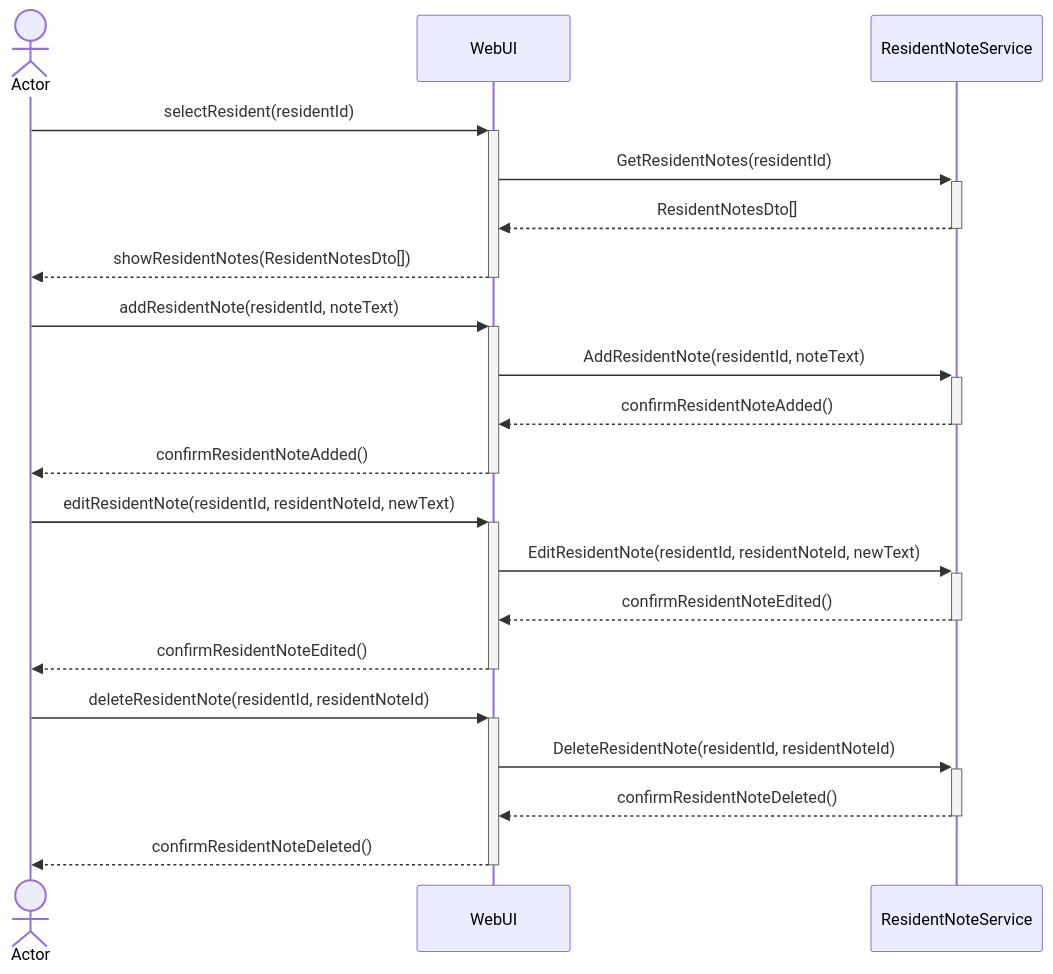
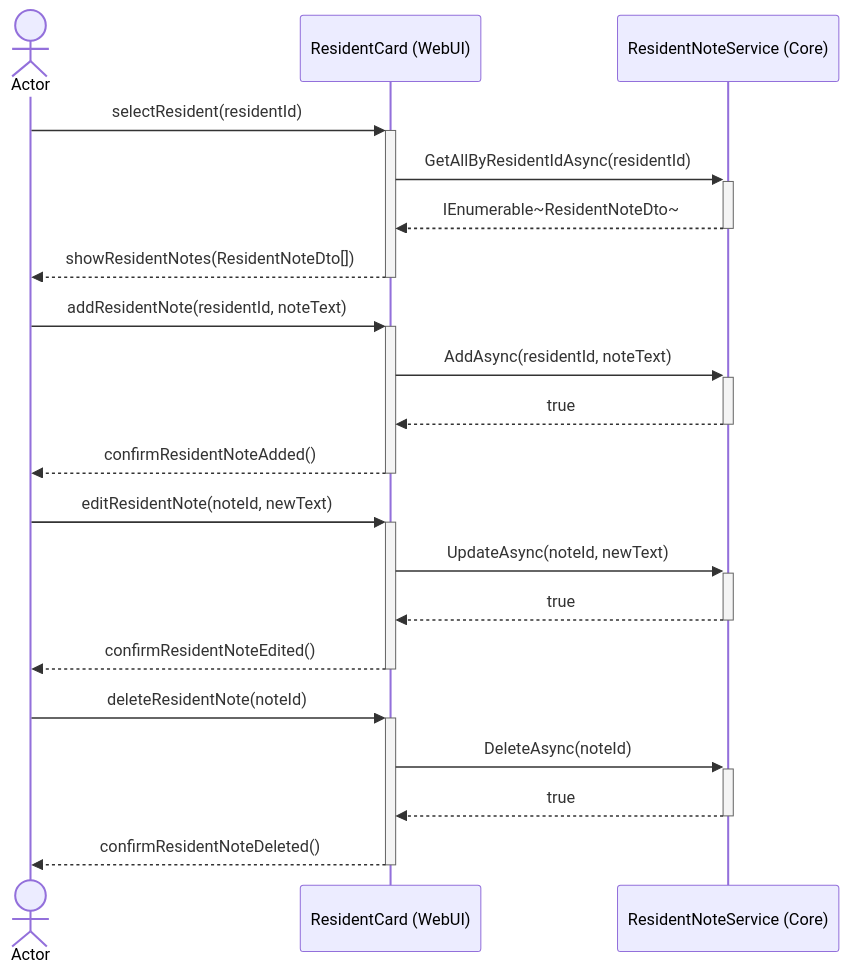
Before and after one commit to DMOoF25-Team6/Slottets-Drifttavlen: the first of 3 diagrams in docs/use-cases/uc-002-dashBoard-residentNote/uc-002.sd.0004.md, drawn with Mermaid. The commit also changed other lines of this file and 1 other file, not shown here.

First line of the commit message:
docs: UC002 - sync SD and DCD with implemented architecture

````diff
--- a/docs/use-cases/uc-002-dashBoard-residentNote/uc-002.sd.0004.md
+++ b/docs/use-cases/uc-002-dashBoard-residentNote/uc-002.sd.0004.md
@@ -20,26 +21,26 @@
 ```mermaid
 sequenceDiagram
     actor Employee as Actor
-    participant WebUI as WebUI
-    participant ResidentNoteService as ResidentNoteService
+    participant WebUI as ResidentCard (WebUI)
+    participant ResidentNoteService as ResidentNoteService (Core)
 
     Employee->>+WebUI: selectResident(residentId)
-    WebUI->>+ResidentNoteService: GetResidentNotes(residentId)
-    ResidentNoteService-->>-WebUI: ResidentNotesDto[]
-    WebUI-->>-Employee: showResidentNotes(ResidentNotesDto[])
+    WebUI->>+ResidentNoteService: GetAllByResidentIdAsync(residentId)
+    ResidentNoteService-->>-WebUI: IEnumerable~ResidentNoteDto~
+    WebUI-->>-Employee: showResidentNotes(ResidentNoteDto[])
 
     Employee->>+WebUI: addResidentNote(residentId, noteText)
-    WebUI->>+ResidentNoteService: AddResidentNote(residentId, noteText)
-    ResidentNoteService-->>-WebUI: confirmResidentNoteAdded()
+    WebUI->>+ResidentNoteService: AddAsync(residentId, noteText)
+    ResidentNoteService-->>-WebUI: true
     WebUI-->>-Employee: confirmResidentNoteAdded()
 
-    Employee->>+WebUI: editResidentNote(residentId, residentNoteId, newText)
-    WebUI->>+ResidentNoteService: EditResidentNote(residentId, residentNoteId, newText)
-    ResidentNoteService-->>-WebUI: confirmResidentNoteEdited()
+    Employee->>+WebUI: editResidentNote(noteId, newText)
+    WebUI->>+ResidentNoteService: UpdateAsync(noteId, newText)
+    ResidentNoteService-->>-WebUI: true
     WebUI-->>-Employee: confirmResidentNoteEdited()
 
-    Employee->>+WebUI: deleteResidentNote(residentId, residentNoteId)
-    WebUI->>+ResidentNoteService: DeleteResidentNote(residentId, residentNoteId)
-    ResidentNoteService-->>-WebUI: confirmResidentNoteDeleted()
+    Employee->>+WebUI: deleteResidentNote(noteId)
+    WebUI->>+ResidentNoteService: DeleteAsync(noteId)
+    ResidentNoteService-->>-WebUI: true
     WebUI-->>-Employee: confirmResidentNoteDeleted()
 ```
````
